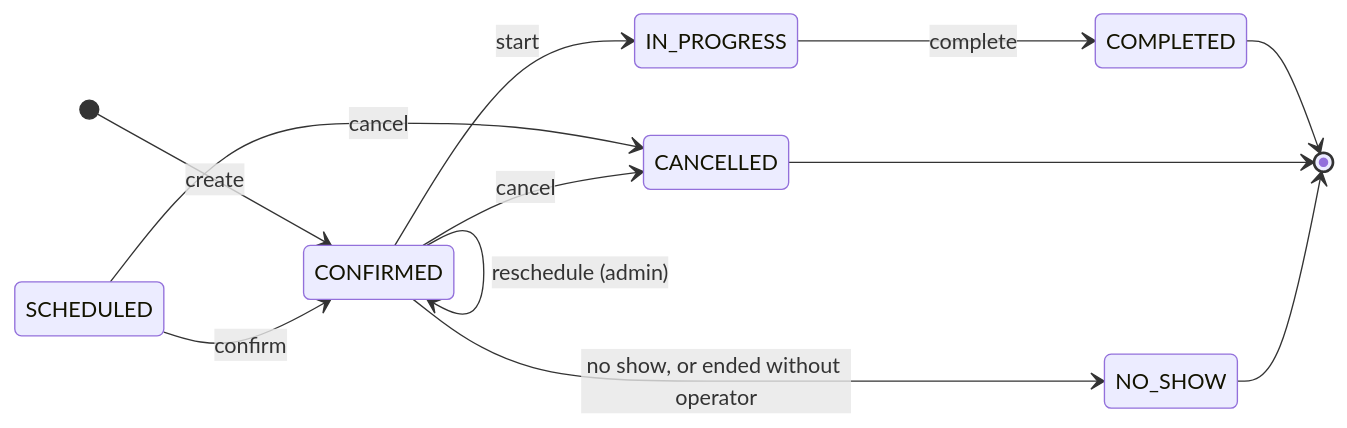
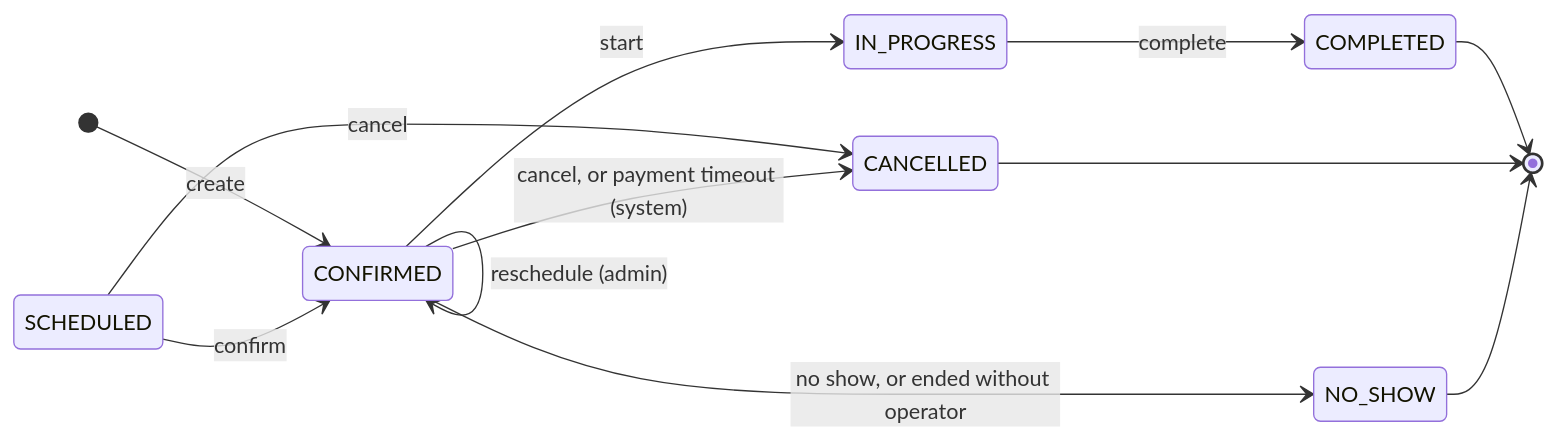
The diagram in 08-uml/diagrams/source/state-booking.md (code-sena/vehicle-w-docs), drawn with Mermaid before and after one commit. The commit also changed other lines of this file and 2 other files, not shown here.

First line of the commit message:
docs(domain): add the payment rules of the booking and the PAYMENT_TIMEOUT reason

````diff
--- a/08-uml/diagrams/source/state-booking.md
+++ b/08-uml/diagrams/source/state-booking.md
@@ -8,15 +8,15 @@
 ```mermaid
 stateDiagram-v2
     direction LR
     [*] --> CONFIRMED : create
     SCHEDULED --> CONFIRMED : confirm
     SCHEDULED --> CANCELLED : cancel
     CONFIRMED --> CONFIRMED : reschedule (admin)
     CONFIRMED --> IN_PROGRESS : start
-    CONFIRMED --> CANCELLED : cancel
+    CONFIRMED --> CANCELLED : cancel, or payment timeout (system)
     CONFIRMED --> NO_SHOW : no show, or ended without operator
     IN_PROGRESS --> COMPLETED : complete
     COMPLETED --> [*]
     CANCELLED --> [*]
     NO_SHOW --> [*]
 ```
````
